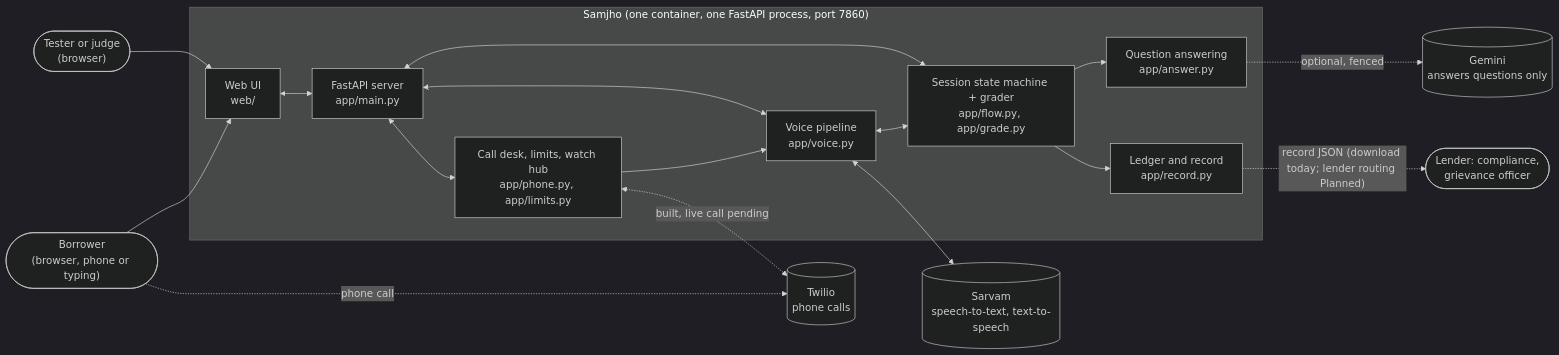
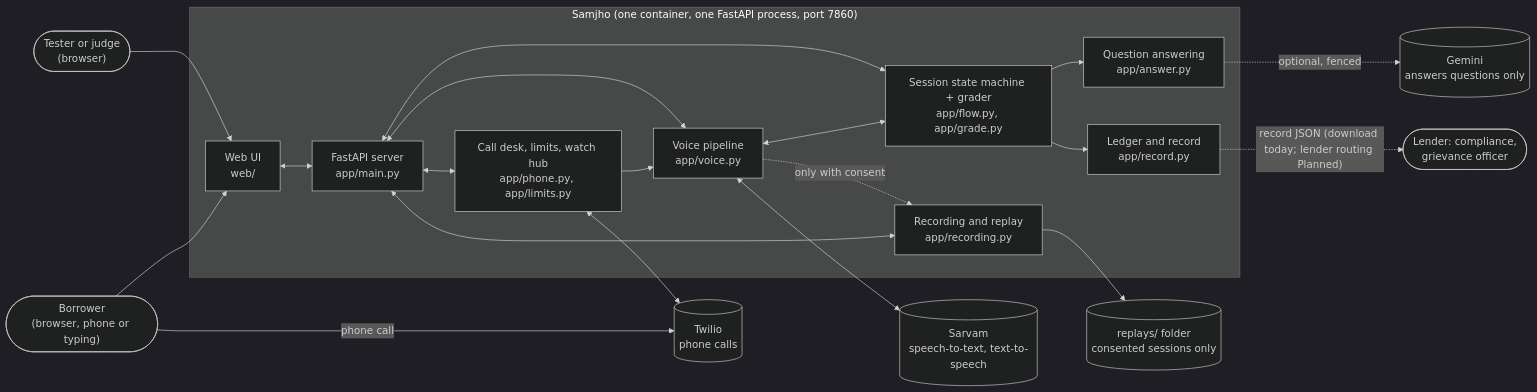
One commit to Adwaith-R-Nair/Samjho changed the first of 5 diagrams in docs/HLD.md. Above: the diagram before and after it, drawn with Mermaid (dark theme). The commit also changed other lines of this file and 6 other files, not shown here.

First line of the commit message:
docs: bring the PRD, roadmap and designs up to the real calls and replay

````diff
--- a/docs/HLD.md
+++ b/docs/HLD.md
@@ -26,36 +26,42 @@
 ```mermaid
 flowchart LR
     borrower(["Borrower<br/>(browser, phone or typing)"])
     tester(["Tester or judge<br/>(browser)"])
     lender(["Lender: compliance,<br/>grievance officer"])
 
     subgraph samjho["Samjho (one container, one FastAPI process, port 7860)"]
         ui["Web UI<br/>web/"]
         server["FastAPI server<br/>app/main.py"]
         voice["Voice pipeline<br/>app/voice.py"]
         phone["Call desk, limits, watch hub<br/>app/phone.py, app/limits.py"]
         core["Session state machine + grader<br/>app/flow.py, app/grade.py"]
         answer["Question answering<br/>app/answer.py"]
         ledger["Ledger and record<br/>app/record.py"]
+        rec["Recording and replay<br/>app/recording.py"]
     end
+
+    store[("replays/ folder<br/>consented sessions only")]
 
     sarvam[("Sarvam<br/>speech-to-text, text-to-speech")]
     gemini[("Gemini<br/>answers questions only")]
     twilio[("Twilio<br/>phone calls")]
 
     tester --> ui
     borrower --> ui
     ui <--> server
     server <--> core
     server <--> voice
     server <--> phone
     phone --> voice
     voice <--> core
     voice <--> sarvam
     core --> answer
     answer -. "optional, fenced" .-> gemini
     core --> ledger
-    phone <-. "built, live call pending" .-> twilio
-    borrower -. "phone call" .-> twilio
+    voice -. "only with consent" .-> rec
+    rec --> store
+    server <--> rec
+    phone <--> twilio
+    borrower -- "phone call" --> twilio
     ledger -. "record JSON (download today; lender routing Planned)" .-> lender
 ```
````
